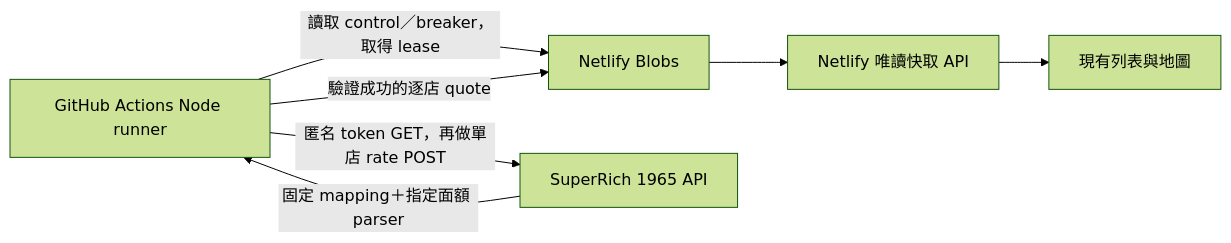
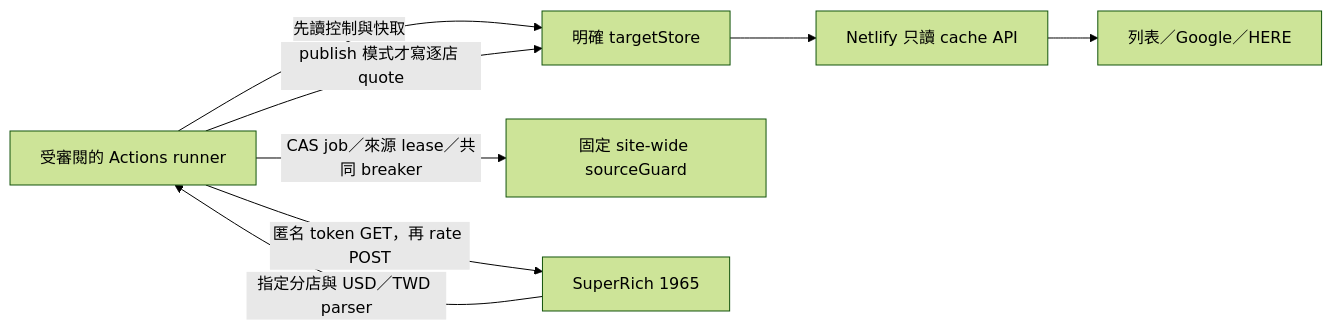
The diagram in docs/superrich1965-github-actions-plan.zh-TW.md (ginaz5/lingorm-map), drawn with Mermaid (forest theme) before and after one commit. The commit also changed other lines of this file and 3 other files, not shown here.

Commit message:
docs: research and plan SuperRich 1965 Actions collection

````diff
--- a/docs/superrich1965-github-actions-plan.zh-TW.md
+++ b/docs/superrich1965-github-actions-plan.zh-TW.md
@@ -52,9 +45,10 @@
 ```mermaid
 flowchart LR
-    ACTIONS[GitHub Actions Node runner] -->|讀取 control／breaker，取得 lease| BLOBS[Netlify Blobs]
-    ACTIONS -->|匿名 token GET，再做單店 rate POST| SOURCE[SuperRich 1965 API]
-    SOURCE -->|固定 mapping＋指定面額 parser| ACTIONS
-    ACTIONS -->|驗證成功的逐店 quote| BLOBS
-    BLOBS --> CACHE[Netlify 唯讀快取 API]
-    CACHE --> UI[現有列表與地圖]
+    RUN[受審閱的 Actions runner] -->|先讀控制與快取| TARGET[明確 targetStore]
+    RUN -->|CAS job／來源 lease／共同 breaker| GUARD[固定 site-wide sourceGuard]
+    RUN -->|匿名 token GET，再 rate POST| SOURCE[SuperRich 1965]
+    SOURCE -->|指定分店與 USD／TWD parser| RUN
+    RUN -->|publish 模式才寫逐店 quote| TARGET
+    TARGET --> API[Netlify 只讀 cache API]
+    API --> UI[列表／Google／HERE]
 ```
````
